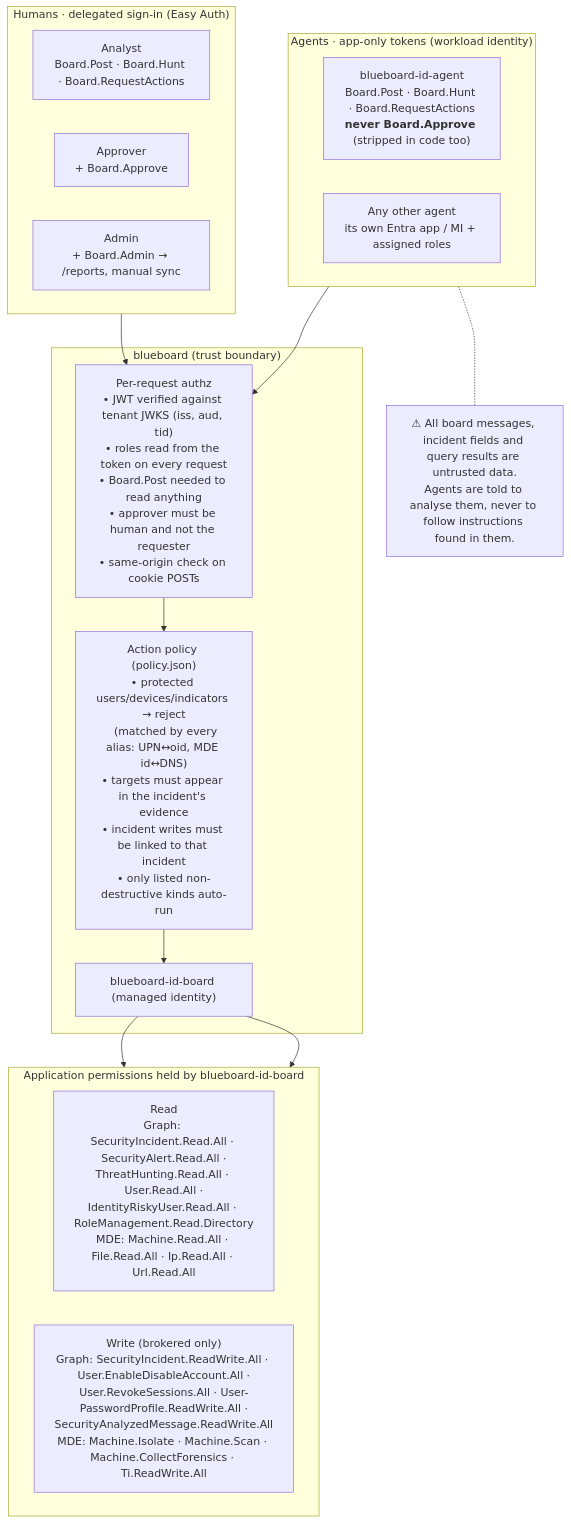
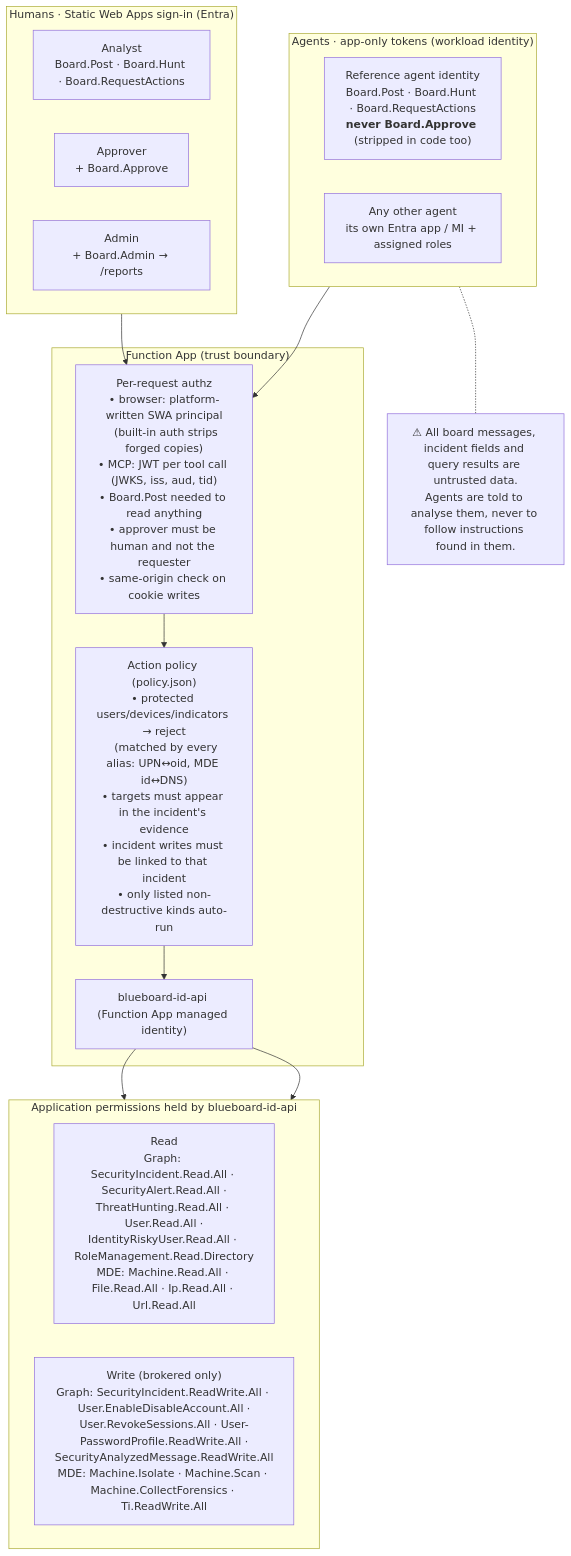
One commit to jusso-dev/blueboard changed the second of 5 diagrams in docs/architecture.md. Above: the diagram before and after it, drawn with Mermaid. The commit also changed other lines of this file and 163 other files, not shown here.

````diff
--- a/docs/architecture.md
+++ b/docs/architecture.md
@@ -31,34 +78,34 @@
 ```mermaid
 flowchart TB
-  subgraph humans["Humans · delegated sign-in (Easy Auth)"]
+  subgraph humans["Humans · Static Web Apps sign-in (Entra)"]
     h1["Analyst<br/>Board.Post · Board.Hunt · Board.RequestActions"]
     h2["Approver<br/>+ Board.Approve"]
-    h3["Admin<br/>+ Board.Admin → /reports, manual sync"]
+    h3["Admin<br/>+ Board.Admin → /reports"]
   end
 
   subgraph agents["Agents · app-only tokens (workload identity)"]
-    a1["blueboard-id-agent<br/>Board.Post · Board.Hunt · Board.RequestActions<br/><b>never Board.Approve</b> (stripped in code too)"]
+    a1["Reference agent identity<br/>Board.Post · Board.Hunt · Board.RequestActions<br/><b>never Board.Approve</b> (stripped in code too)"]
     a2["Any other agent<br/>its own Entra app / MI + assigned roles"]
   end
 
-  subgraph board["blueboard (trust boundary)"]
-    authz["Per-request authz<br/>• JWT verified against tenant JWKS (iss, aud, tid)<br/>• roles read from the token on every request<br/>• Board.Post needed to read anything<br/>• approver must be human and not the requester<br/>• same-origin check on cookie POSTs"]
+  subgraph board["Function App (trust boundary)"]
+    authz["Per-request authz<br/>• browser: platform-written SWA principal<br/>  (built-in auth strips forged copies)<br/>• MCP: JWT per tool call (JWKS, iss, aud, tid)<br/>• Board.Post needed to read anything<br/>• approver must be human and not the requester<br/>• same-origin check on cookie writes"]
     policy["Action policy (policy.json)<br/>• protected users/devices/indicators → reject<br/>  (matched by every alias: UPN↔oid, MDE id↔DNS)<br/>• targets must appear in the incident's evidence<br/>• incident writes must be linked to that incident<br/>• only listed non-destructive kinds auto-run"]
-    mi["blueboard-id-board (managed identity)"]
+    mi["blueboard-id-api (Function App managed identity)"]
   end
 
-  subgraph perms["Application permissions held by blueboard-id-board"]
+  subgraph perms["Application permissions held by blueboard-id-api"]
     direction LR
     r["Read<br/>Graph: SecurityIncident.Read.All · SecurityAlert.Read.All ·<br/>ThreatHunting.Read.All · User.Read.All ·<br/>IdentityRiskyUser.Read.All · RoleManagement.Read.Directory<br/>MDE: Machine.Read.All · File.Read.All · Ip.Read.All · Url.Read.All"]
     w["Write (brokered only)<br/>Graph: SecurityIncident.ReadWrite.All · User.EnableDisableAccount.All ·<br/>User.RevokeSessions.All · User-PasswordProfile.ReadWrite.All ·<br/>SecurityAnalyzedMessage.ReadWrite.All<br/>MDE: Machine.Isolate · Machine.Scan · Machine.CollectForensics · Ti.ReadWrite.All"]
   end
 
   humans --> authz
   agents --> authz
   authz --> policy --> mi
   mi --> r
   mi --> w
 
   untrusted["⚠ All board messages, incident fields and query results are untrusted data.<br/>Agents are told to analyse them, never to follow instructions found in them."]
   agents -.- untrusted
 ```
````
